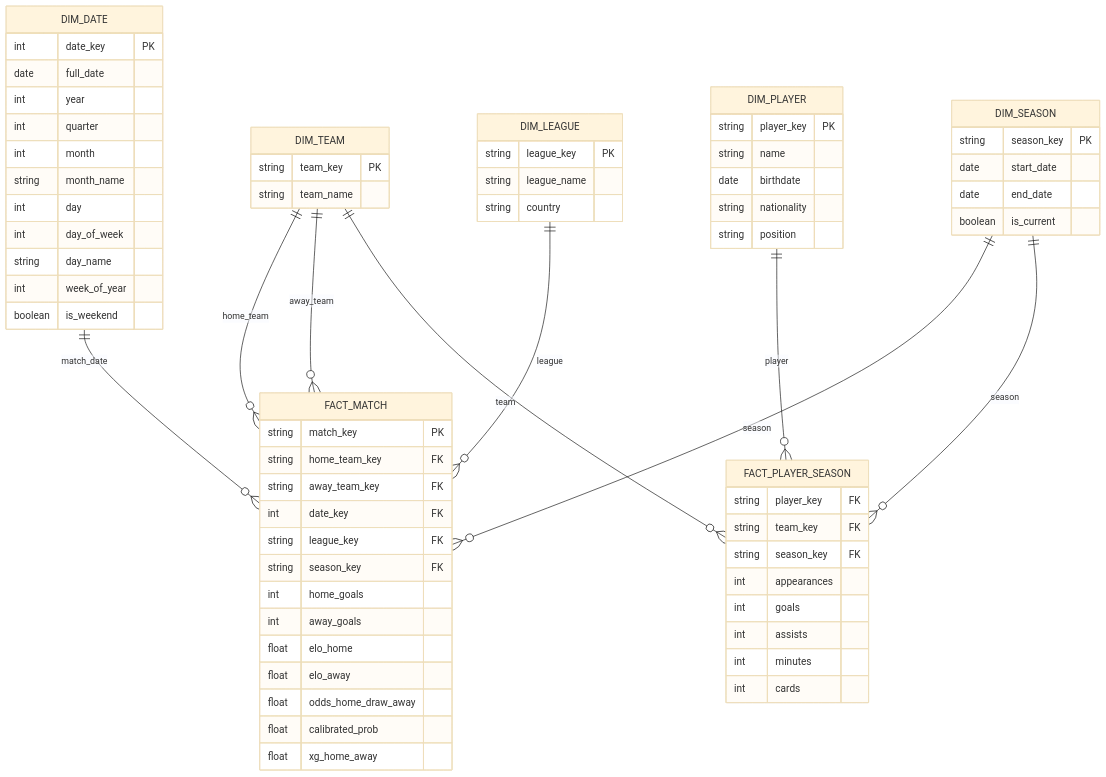
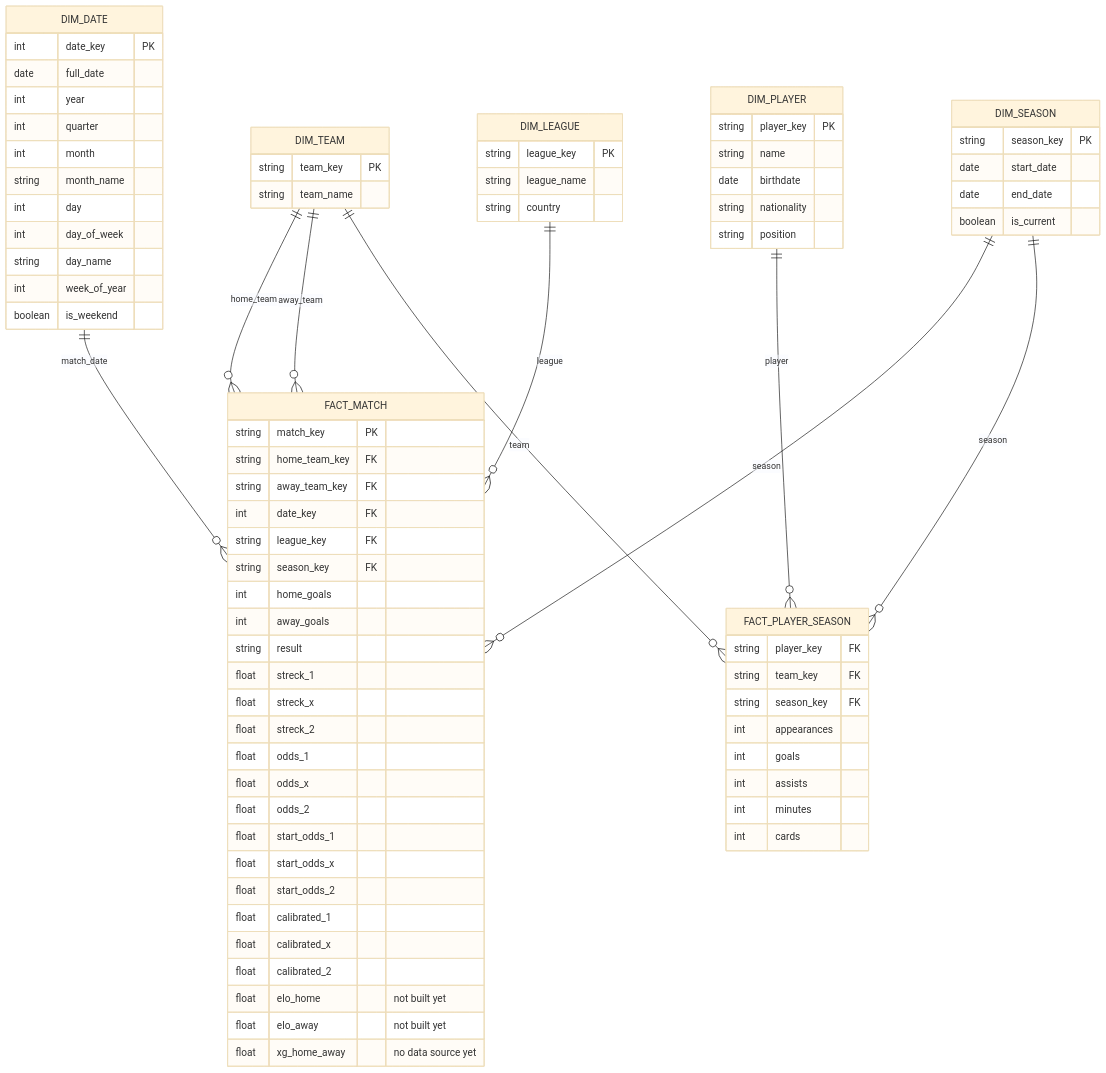
One commit to adamwillner/stryktipset-project-databricks changed the second of 2 diagrams in README.md. Above: the diagram before and after it, drawn with Mermaid (base theme). The commit also changed other lines of this file and 1 other file, not shown here.

Commit message:
Build gold_fact_match, fix gold_calibrate for serverless, dedupe silver matches

```diff
--- a/README.md
+++ b/README.md
@@ -70,11 +70,22 @@
         string season_key FK
         int home_goals
         int away_goals
-        float elo_home
-        float elo_away
-        float odds_home_draw_away
-        float calibrated_prob
-        float xg_home_away
+        string result
+        float streck_1
+        float streck_x
+        float streck_2
+        float odds_1
+        float odds_x
+        float odds_2
+        float start_odds_1
+        float start_odds_x
+        float start_odds_2
+        float calibrated_1
+        float calibrated_x
+        float calibrated_2
+        float elo_home "not built yet"
+        float elo_away "not built yet"
+        float xg_home_away "no data source yet"
     }
     FACT_PLAYER_SEASON {
         string player_key FK
```
